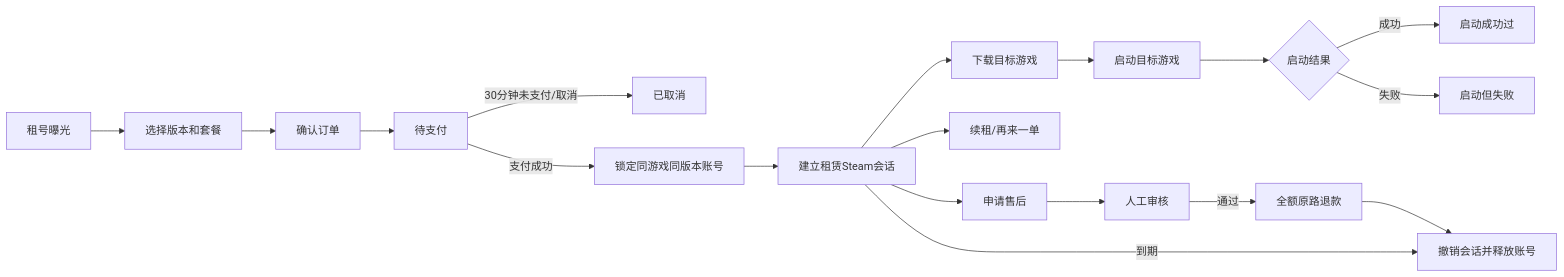
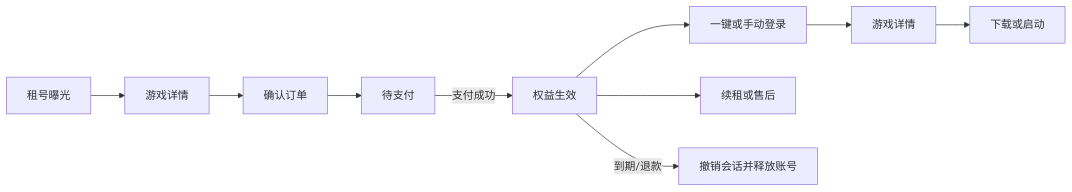
Before and after one commit to z36358631-ship-it/-: the diagram in prd/【盖世游戏Mac】游戏租号需求/【Prd】《盖世游戏Mac》游戏租号需求.md, drawn with Mermaid. The commit also changed other lines of this file and 1 other file, not shown here.

Commit message:
docs: update rental PRDs for after-sales flow

````diff
--- a/prd/【盖世游戏Mac】游戏租号需求/【Prd】《盖世游戏Mac》游戏租号需求.md
+++ b/prd/【盖世游戏Mac】游戏租号需求/【Prd】《盖世游戏Mac》游戏租号需求.md
@@ -160,20 +114,12 @@
 ```mermaid
 flowchart LR
-    A[租号曝光] --> B[选择版本和套餐]
+    A[租号曝光] --> B[游戏详情]
     B --> C[确认订单]
     C --> D[待支付]
-    D -->|30分钟未支付/取消| X[已取消]
-    D -->|支付成功| E[锁定同游戏同版本账号]
-    E --> F[建立租赁Steam会话]
-    F --> G[下载目标游戏]
-    G --> H[启动目标游戏]
-    H --> I{启动结果}
-    I -->|成功| J[启动成功过]
-    I -->|失败| K[启动但失败]
-    F --> L[续租/再来一单]
-    F --> M[申请售后]
-    M --> N[人工审核]
-    N -->|通过| O[全额原路退款]
-    O --> P[撤销会话并释放账号]
-    F -->|到期| P
+    D -->|支付成功| E[权益生效]
+    E --> F[一键或手动登录]
+    F --> G[游戏详情]
+    G --> H[下载或启动]
+    E --> I[续租或售后]
+    E -->|到期/退款| J[撤销会话并释放账号]
 ```
````
